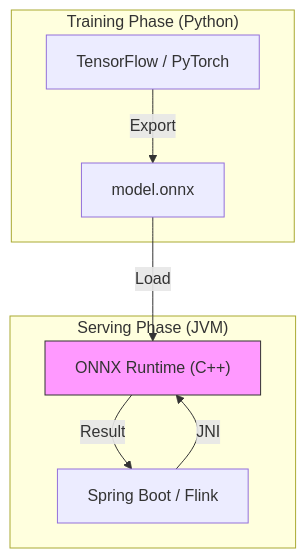
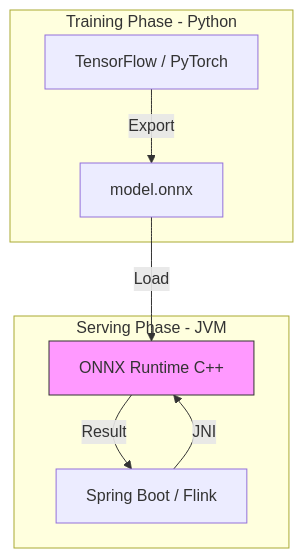
Before and after one commit to DJ92/interview-notes: the diagram in docs/notes/onnx-java-serving.md, drawn with Mermaid.

Commit message:
Refactor Mermaid diagram with safe node IDs

````diff
--- a/docs/notes/onnx-java-serving.md
+++ b/docs/notes/onnx-java-serving.md
@@ -186,17 +186,17 @@
 ```mermaid
 graph TD
-    subgraph Python ["Training Phase (Python)"]
-        TF["TensorFlow / PyTorch"] -->|Export| ONNX["model.onnx"]
+    subgraph Python ["Training Phase - Python"]
+        TF["TensorFlow / PyTorch"] -->|Export| ModelFile["model.onnx"]
     end
 
-    subgraph Java ["Serving Phase (JVM)"]
-        App["Spring Boot / Flink"] 
-        Runtime["ONNX Runtime (C++)"]
+    subgraph Java ["Serving Phase - JVM"]
+        AppService["Spring Boot / Flink"] 
+        OrtRuntime["ONNX Runtime C++"]
         
-        ONNX -->|Load| Runtime
-        App -- JNI --> Runtime
-        Runtime -- Result --> App
+        ModelFile -->|Load| OrtRuntime
+        AppService -- JNI --> OrtRuntime
+        OrtRuntime -- Result --> AppService
     end
     
-    style Runtime fill:#f9f,stroke:#333
+    style OrtRuntime fill:#f9f,stroke:#333
 ```
````
